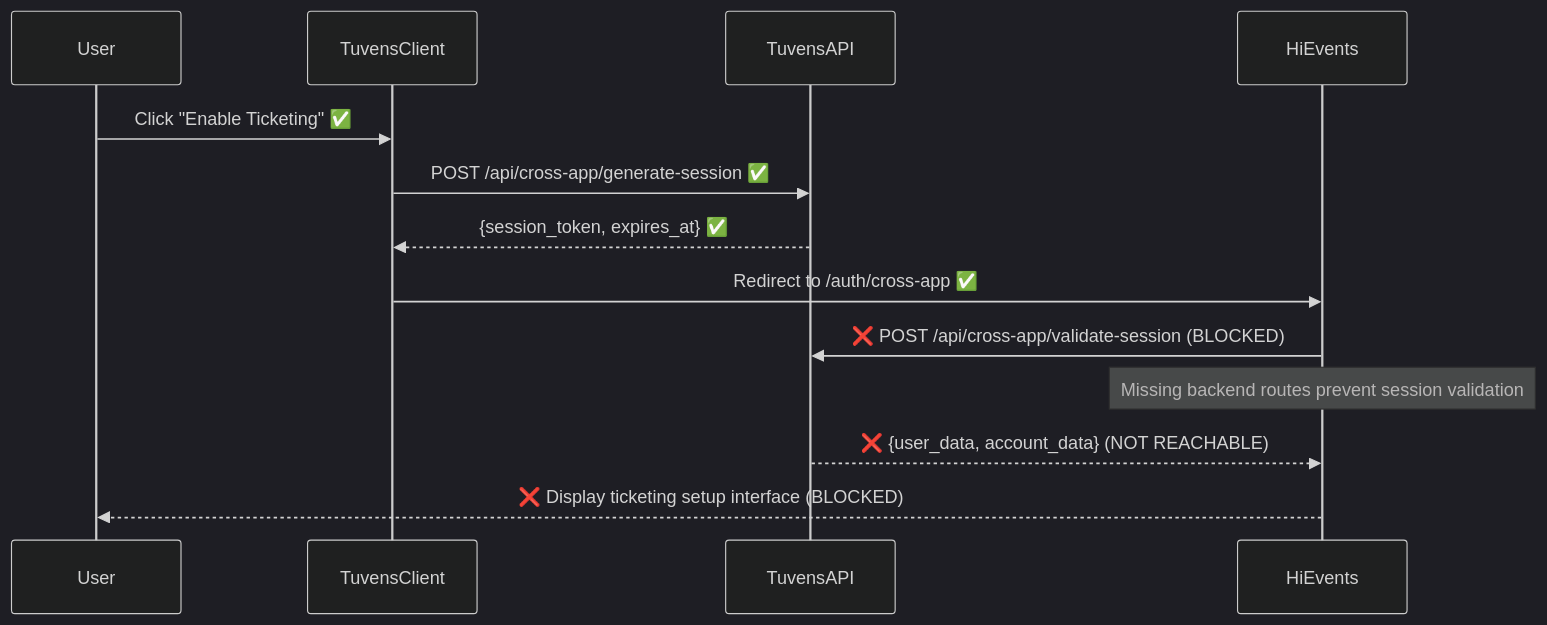
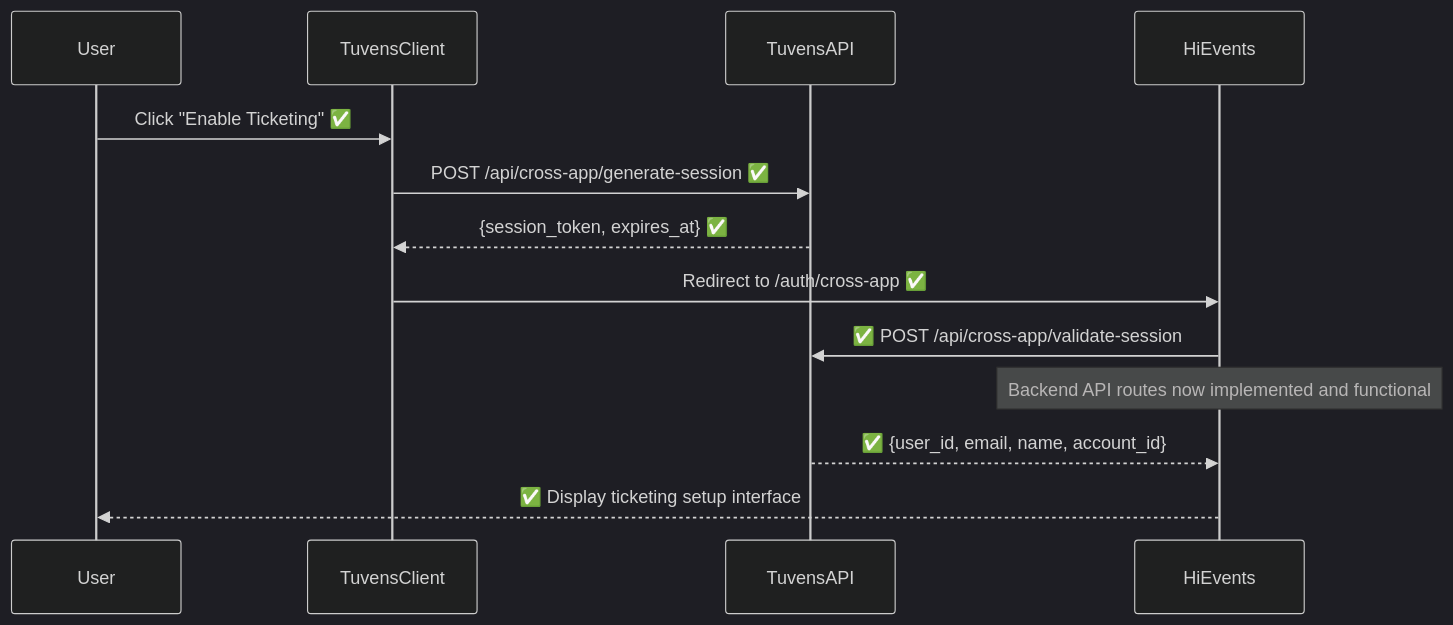
Before and after one commit to tuvens/tuvens-docs: the first of 3 diagrams in tuvens-docs/integration-guides/hi-events/architecture.md, drawn with Mermaid (dark theme). The commit also changed other lines of this file and 2 other files, not shown here.

````diff
--- a/tuvens-docs/integration-guides/hi-events/architecture.md
+++ b/tuvens-docs/integration-guides/hi-events/architecture.md
@@ -121,16 +129,16 @@
 ```mermaid
 sequenceDiagram
     participant User
     participant TuvensClient
     participant TuvensAPI
     participant HiEvents
     
     User->>TuvensClient: Click "Enable Ticketing" ✅
     TuvensClient->>TuvensAPI: POST /api/cross-app/generate-session ✅
     TuvensAPI-->>TuvensClient: {session_token, expires_at} ✅
     TuvensClient->>HiEvents: Redirect to /auth/cross-app ✅
-    HiEvents->>TuvensAPI: ❌ POST /api/cross-app/validate-session (BLOCKED)
-    Note over HiEvents: Missing backend routes prevent session validation
-    TuvensAPI-->>HiEvents: ❌ {user_data, account_data} (NOT REACHABLE)
-    HiEvents-->>User: ❌ Display ticketing setup interface (BLOCKED)
+    HiEvents->>TuvensAPI: ✅ POST /api/cross-app/validate-session
+    Note over HiEvents: Backend API routes now implemented and functional
+    TuvensAPI-->>HiEvents: ✅ {user_id, email, name, account_id}
+    HiEvents-->>User: ✅ Display ticketing setup interface
 ```
````
